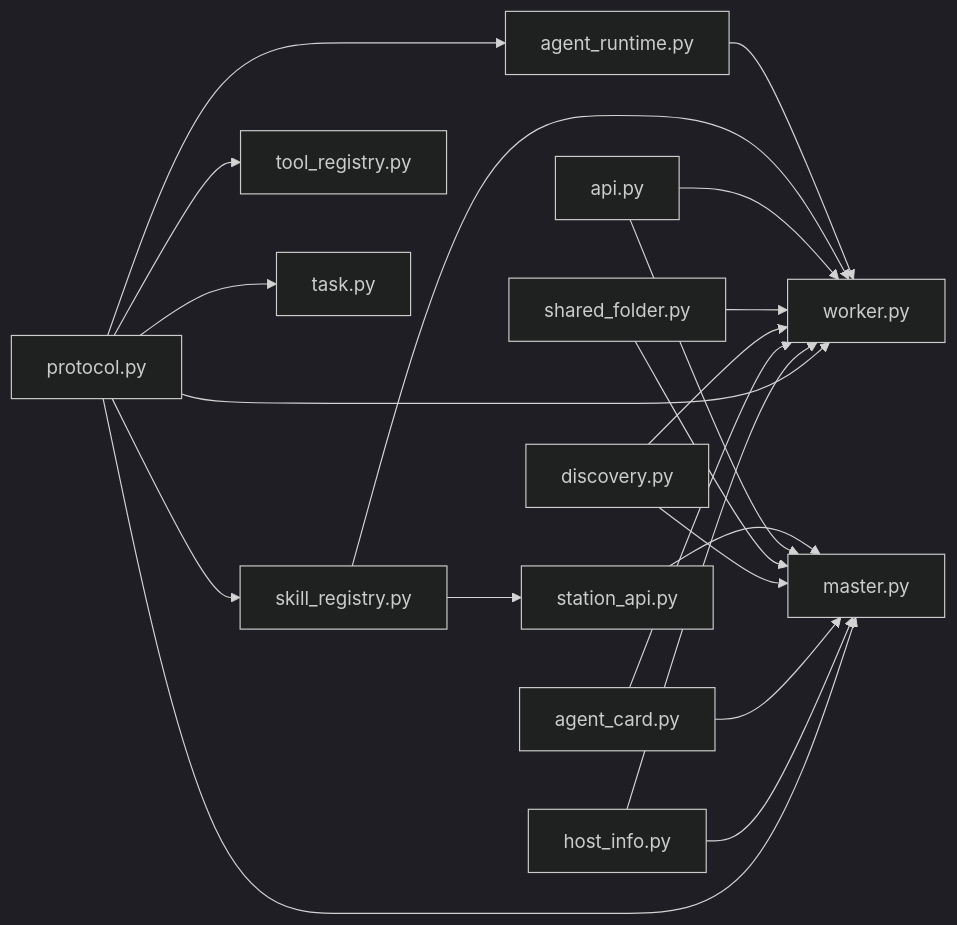
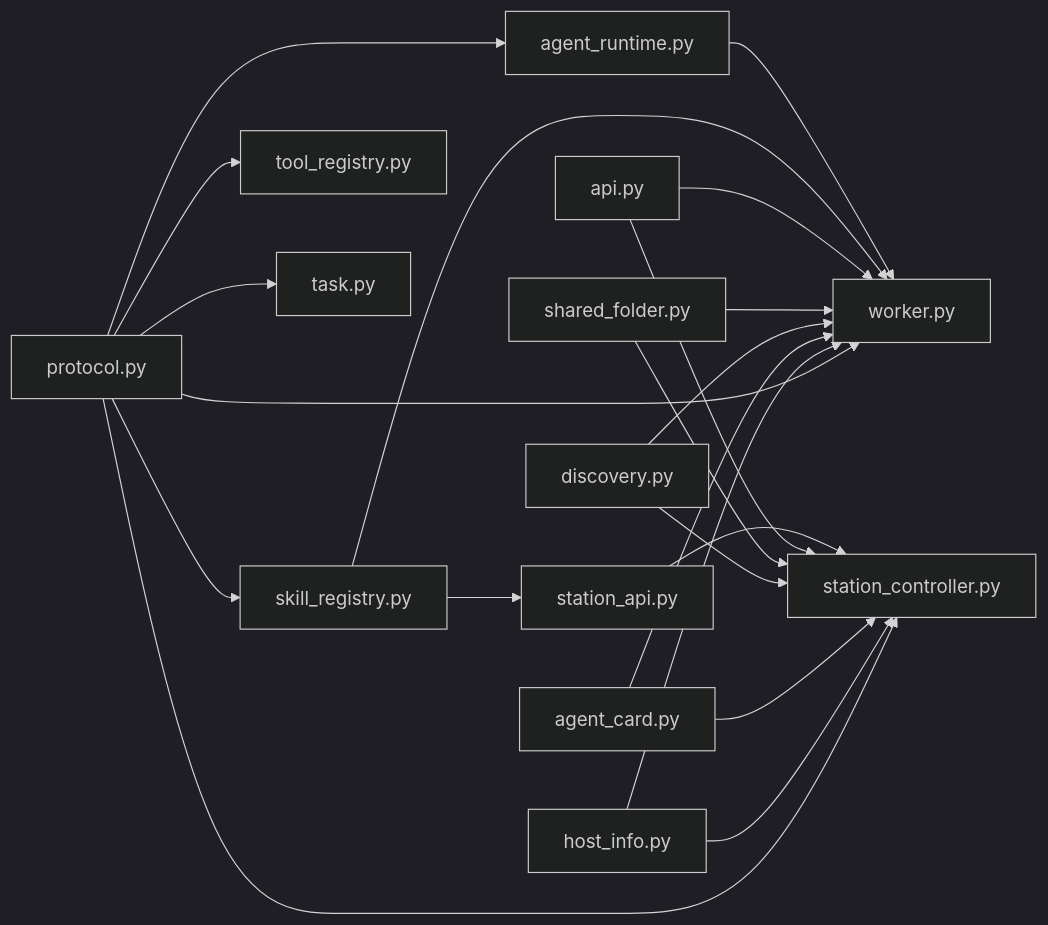
The fifth of 5 diagrams in .qoder/repowiki/zh/content/架构设计/Worker 代理/Agent 能力声明系统/Agent 能力声明系统.md (targalian/Personal-distributed-workstation), drawn with Mermaid (dark theme) before and after one commit. The commit also changed other lines of this file and 63 other files, not shown here.

Commit message:
docs(station): 同步 repo wiki 至 station_controller/station_api 架构

````diff
--- a/.qoder/repowiki/zh/content/架构设计/Worker 代理/Agent 能力声明系统/Agent 能力声明系统.md
+++ b/.qoder/repowiki/zh/content/架构设计/Worker 代理/Agent 能力声明系统/Agent 能力声明系统.md
@@ -342,23 +342,23 @@
 ```mermaid
 graph LR
 Protocol["protocol.py"] --> Worker["worker.py"]
-Protocol --> Master["master.py"]
+Protocol --> Master["station_controller.py"]
 Protocol --> AgentRuntime["agent_runtime.py"]
 Protocol --> SkillRegistry["skill_registry.py"]
 Protocol --> ToolRegistry["tool_registry.py"]
 Protocol --> TaskDAG["task.py"]
 HostInfo["host_info.py"] --> Worker
 HostInfo --> Master
 AgentCard["agent_card.py"] --> Worker
 AgentCard --> Master
 Discovery["discovery.py"] --> Worker
 Discovery --> Master
 SharedFolder["shared_folder.py"] --> Worker
 SharedFolder --> Master
 API["api.py"] --> Worker
 API --> Master
 StationAPI["station_api.py"] --> Master
 SkillRegistry --> StationAPI
 SkillRegistry --> Worker
 AgentRuntime --> Worker
 ```
````
